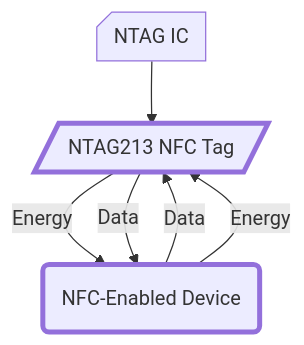
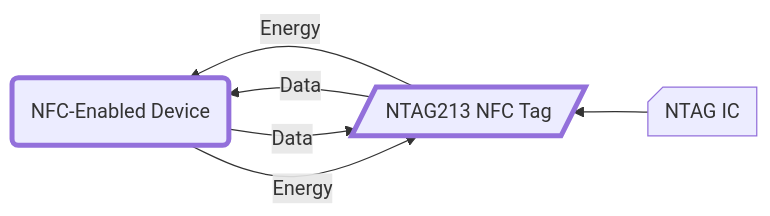
The diagram in docs/index.md (fscek/moj-zet-app-guide), drawn with Mermaid before and after one commit.

Commit message:
[CHORE] - Update Mermaid diagram direction

````diff
--- a/docs/index.md
+++ b/docs/index.md
@@ -212,16 +212,16 @@
 ```mermaid
-graph TD;
+graph RL;
     accTitle: Communication between NTAG213 NFC Tag and Device
     accDescr: Depicts the energy and data exchange between an NTAG213 NFC Tag and an NFC-enabled device
     NTAGIC["NTAG IC"] --> NTAG213["NTAG213 NFC Tag"]
     NTAG213 -- Energy --> NFCDevice["NFC-Enabled Device"]
     NFCDevice -- Data --> NTAG213
     NFCDevice -- Energy --> NTAG213
     NTAG213 -- Data --> NFCDevice
     NTAGIC@{ shape: card}
     NTAG213@{ shape: lean-r}
     NFCDevice@{ shape: rounded}
     style NTAG213 stroke-width:4px,stroke-dasharray: 0
     style NFCDevice stroke-width:4px,stroke-dasharray: 0
 
 ```
````
